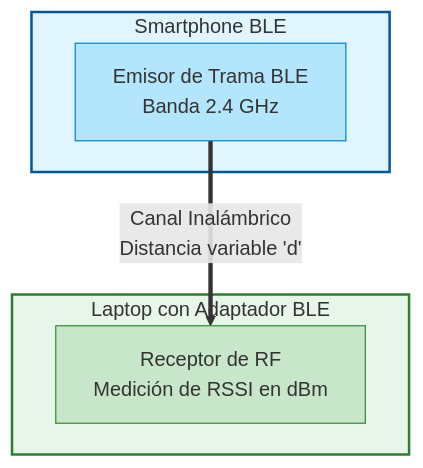
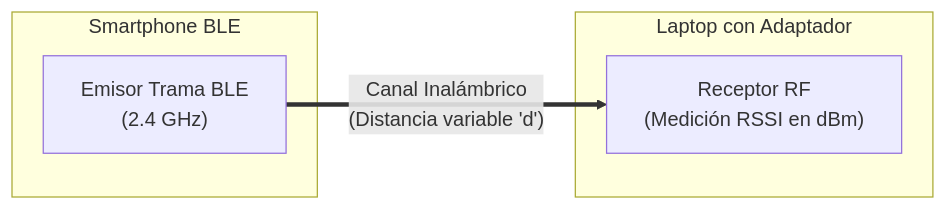
Before and after one commit to victoria-trevinom/ble_link_sec: the diagram in docs/pia_propuesta_h2.md, drawn with Mermaid.

Commit message:
Revise BLE link assembly diagram and description
Updated the diagram and descriptions for the BLE link assembly section.

````diff
--- a/docs/pia_propuesta_h2.md
+++ b/docs/pia_propuesta_h2.md
@@ -28,17 +28,12 @@
 ```mermaid
-flowchart TD
+flowchart LR
     subgraph Emisor [Smartphone BLE]
-        A[Emisor de Trama BLE <br/> Banda 2.4 GHz]
+        A["Emisor Trama BLE<br/>(2.4 GHz)"]
     end
 
-    A ==>|Canal Inalámbrico <br/> Distancia variable 'd'| B
+    A ==>|"Canal Inalámbrico<br/>(Distancia variable 'd')"| B
 
-    subgraph Receptor [Laptop con Adaptador BLE]
-        B[Receptor de RF <br/> Medición de RSSI en dBm]
+    subgraph Receptor [Laptop con Adaptador]
+        B["Receptor RF<br/>(Medición RSSI en dBm)"]
     end
-
-    style Emisor fill:#e1f5fe,stroke:#01579b,stroke-width:2px
-    style Receptor fill:#e8f5e9,stroke:#2e7d32,stroke-width:2px
-    style B fill:#c8e6c9,stroke:#388e3c,stroke-width:1px
-    style A fill:#b3e5fc,stroke:#0288d1,stroke-width:1px
 ```
````
